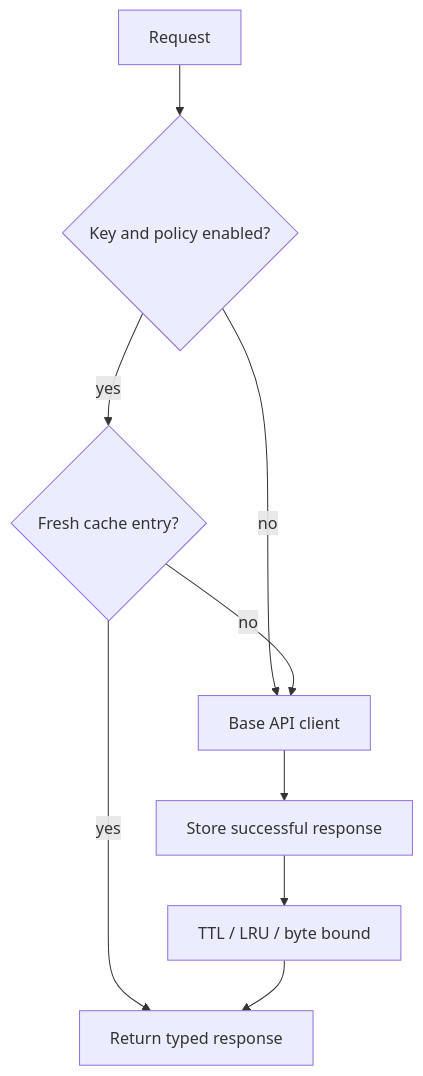
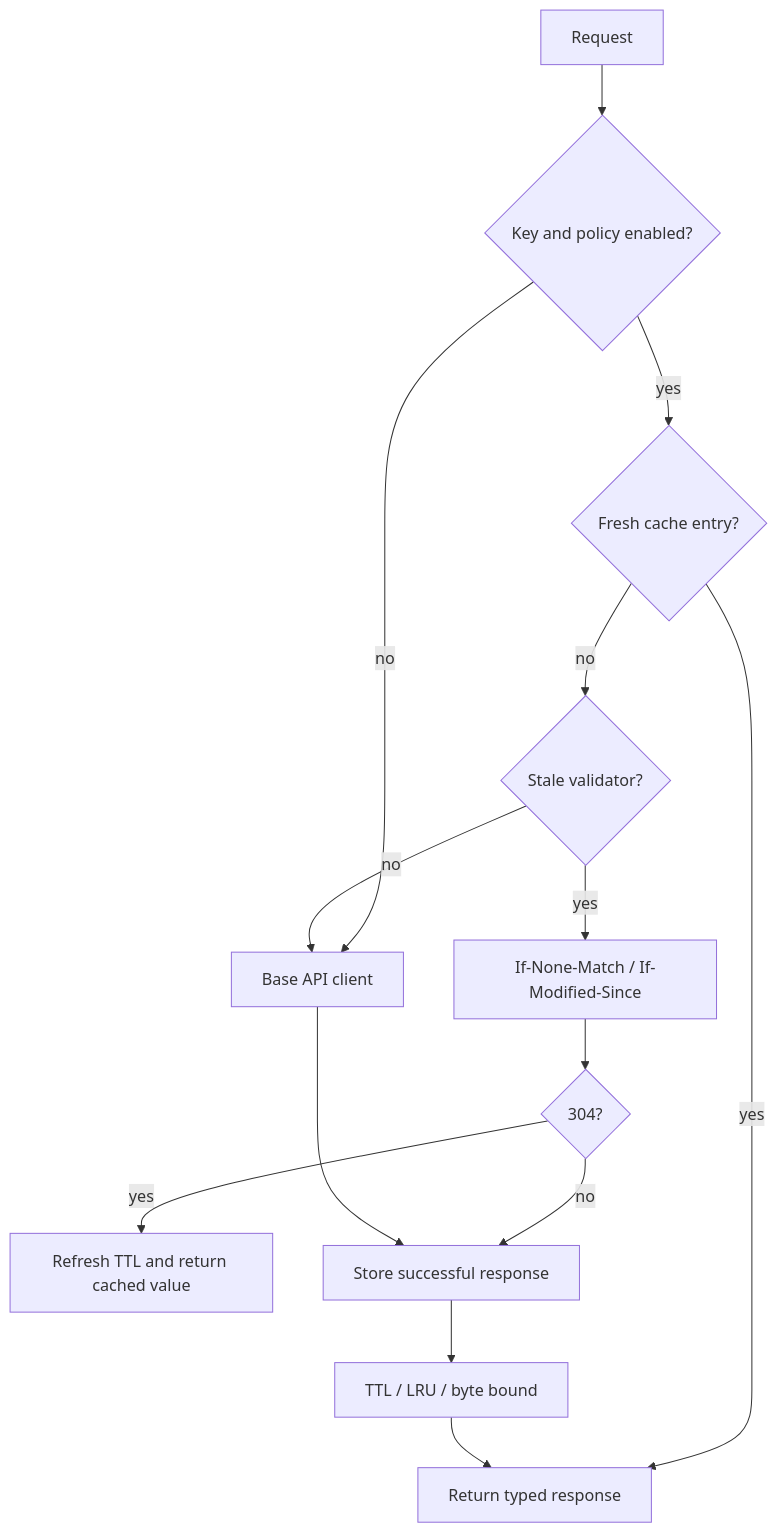
Before and after one commit to MikesHorcrux/AnotherFuckingNetworkingSDK: the diagram in docs/response-caching.md, drawn with Mermaid. The commit also changed other lines of this file and 7 other files, not shown here.

Commit message:
Add conditional validator response caching

````diff
--- a/docs/response-caching.md
+++ b/docs/response-caching.md
@@ -8,11 +8,16 @@
 ```mermaid
 flowchart TD
     Request --> Key{"Key and policy enabled?"}
     Key -- no --> Network["Base API client"]
     Key -- yes --> Hit{"Fresh cache entry?"}
     Hit -- yes --> Return["Return typed response"]
-    Hit -- no --> Network
+    Hit -- no --> Revalidate{"Stale validator?"}
+    Revalidate -- no --> Network["Base API client"]
+    Revalidate -- yes --> Conditional["If-None-Match / If-Modified-Since"]
+    Conditional --> NotModified{"304?"}
+    NotModified -- yes --> Refresh["Refresh TTL and return cached value"]
+    NotModified -- no --> Store
     Network --> Store["Store successful response"]
     Store --> Evict["TTL / LRU / byte bound"]
     Evict --> Return
 ```
````
